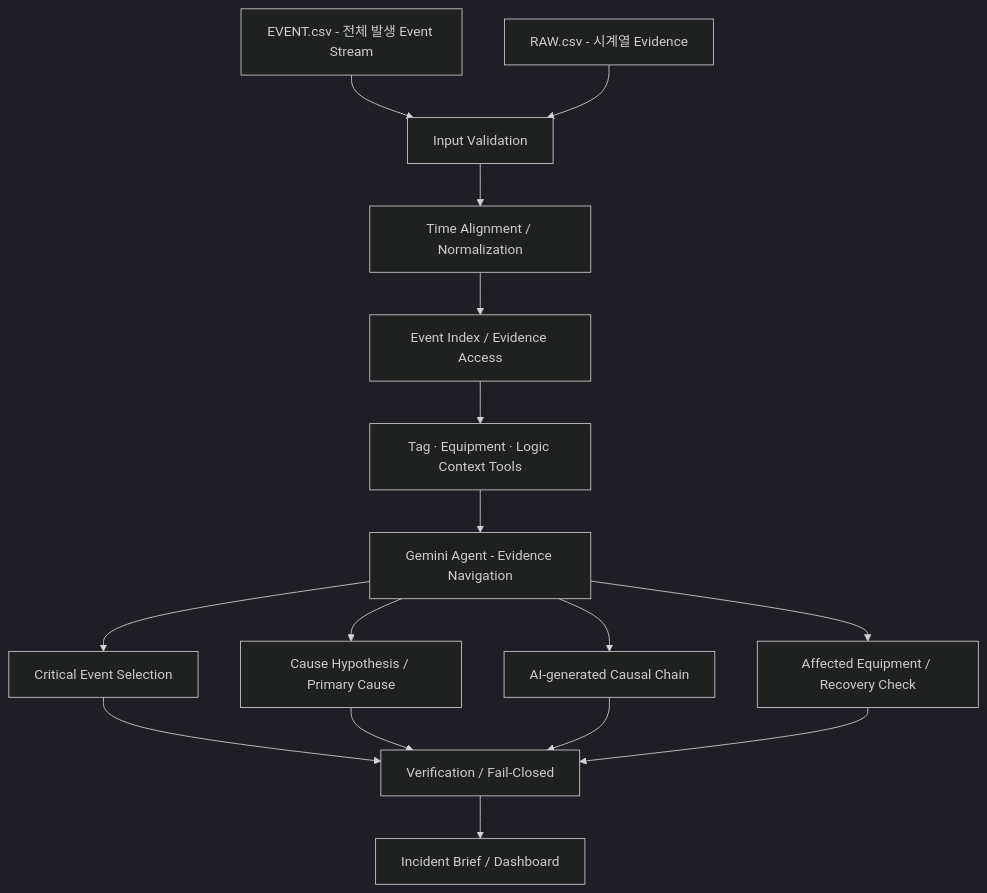
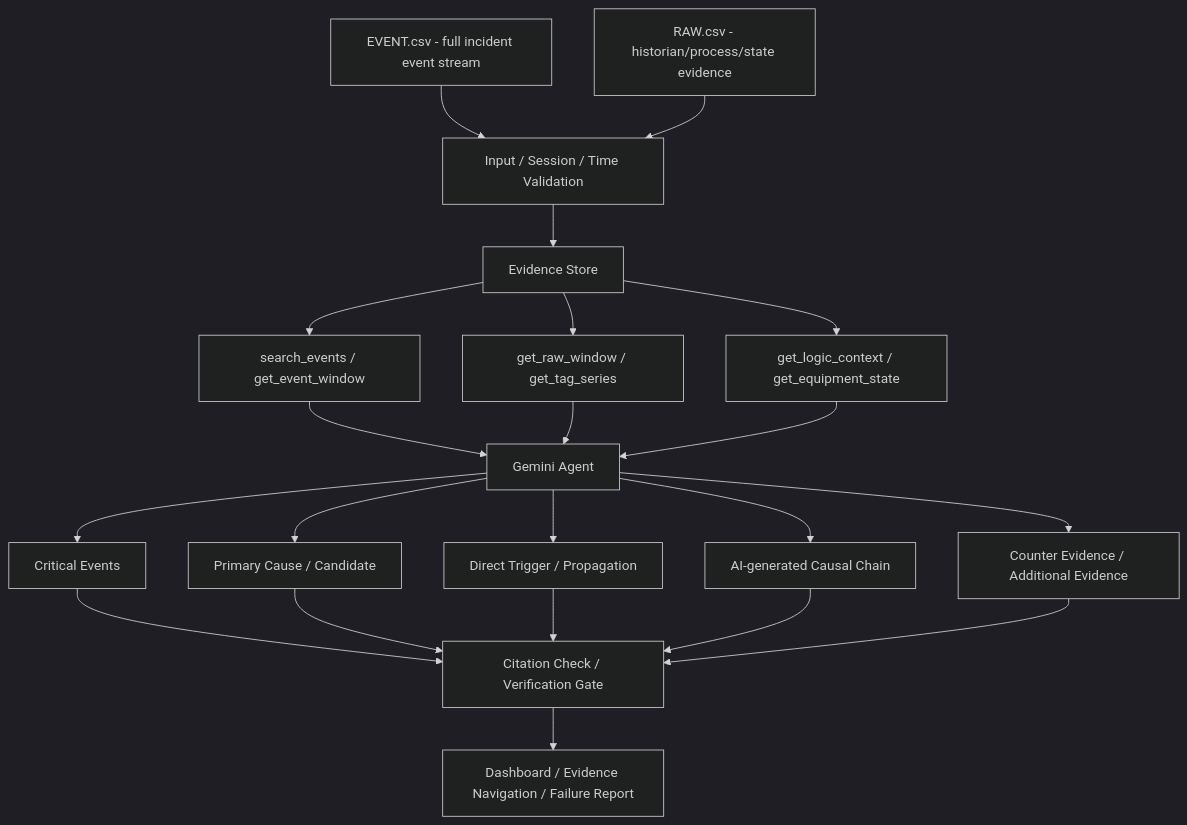
Before and after one commit to khaku25/triplens-thermosyspro-cloud-runner: the first of 2 diagrams in SUBMISSION_KIEE2026/REQUIRED/01_SYSTEM_ARCHITECTURE.md, drawn with Mermaid (dark theme). The commit also changed other lines of this file, not shown here.

Commit message:
Align system architecture with current agent and validation state

````diff
--- a/SUBMISSION_KIEE2026/REQUIRED/01_SYSTEM_ARCHITECTURE.md
+++ b/SUBMISSION_KIEE2026/REQUIRED/01_SYSTEM_ARCHITECTURE.md
@@ -6,18 +6,23 @@
 ```mermaid
 flowchart TD
-    A["EVENT.csv - 전체 발생 Event Stream"] --> C["Input Validation"]
-    B["RAW.csv - 시계열 Evidence"] --> C
-    C --> D["Time Alignment / Normalization"]
-    D --> E["Event Index / Evidence Access"]
-    E --> F["Tag · Equipment · Logic Context Tools"]
-    F --> G["Gemini Agent - Evidence Navigation"]
-    G --> H["Critical Event Selection"]
-    G --> I["Cause Hypothesis / Primary Cause"]
-    G --> J["AI-generated Causal Chain"]
-    G --> K["Affected Equipment / Recovery Check"]
-    H --> L["Verification / Fail-Closed"]
-    I --> L
-    J --> L
-    K --> L
-    L --> M["Incident Brief / Dashboard"]
+    A["EVENT.csv - full incident event stream"] --> C["Input / Session / Time Validation"]
+    B["RAW.csv - historian/process/state evidence"] --> C
+    C --> D["Evidence Store"]
+    D --> E["search_events / get_event_window"]
+    D --> F["get_raw_window / get_tag_series"]
+    D --> G["get_logic_context / get_equipment_state"]
+    E --> H["Gemini Agent"]
+    F --> H
+    G --> H
+    H --> I["Critical Events"]
+    H --> J["Primary Cause / Candidate"]
+    H --> K["Direct Trigger / Propagation"]
+    H --> L["AI-generated Causal Chain"]
+    H --> M["Counter Evidence / Additional Evidence"]
+    I --> N["Citation Check / Verification Gate"]
+    J --> N
+    K --> N
+    L --> N
+    M --> N
+    N --> O["Dashboard / Evidence Navigation / Failure Report"]
 ```
````
